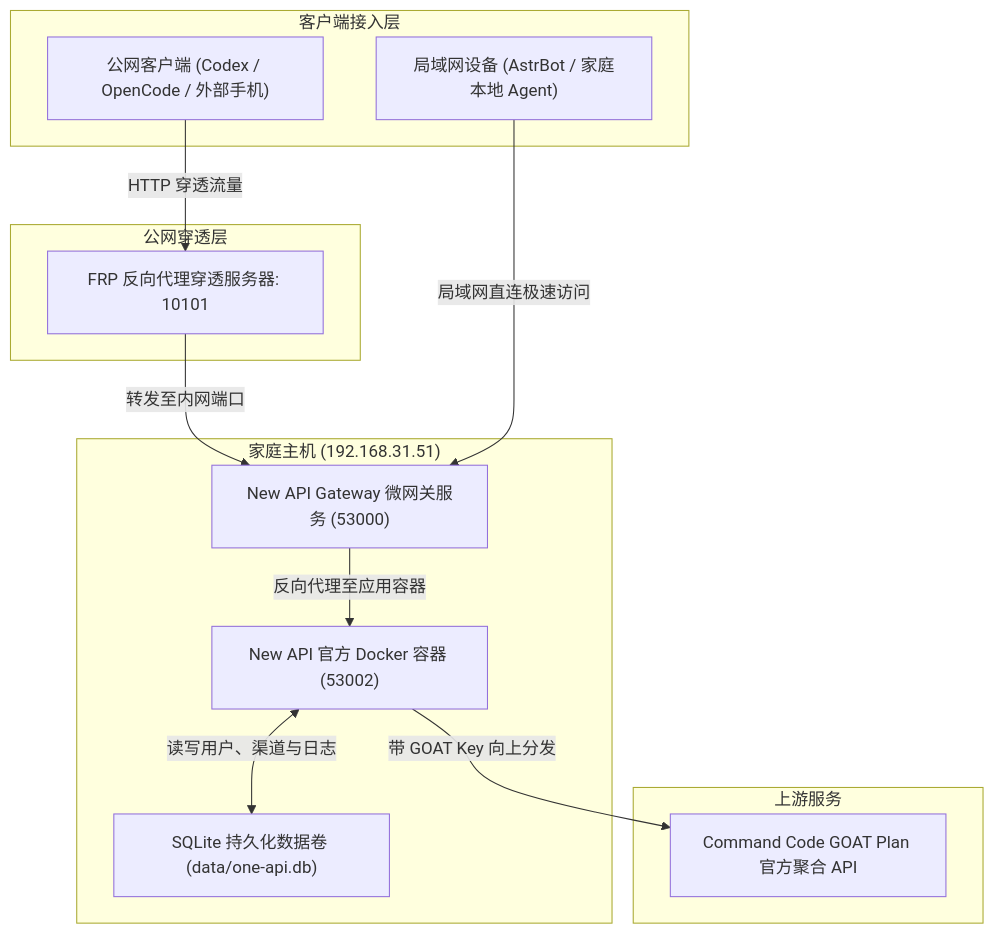
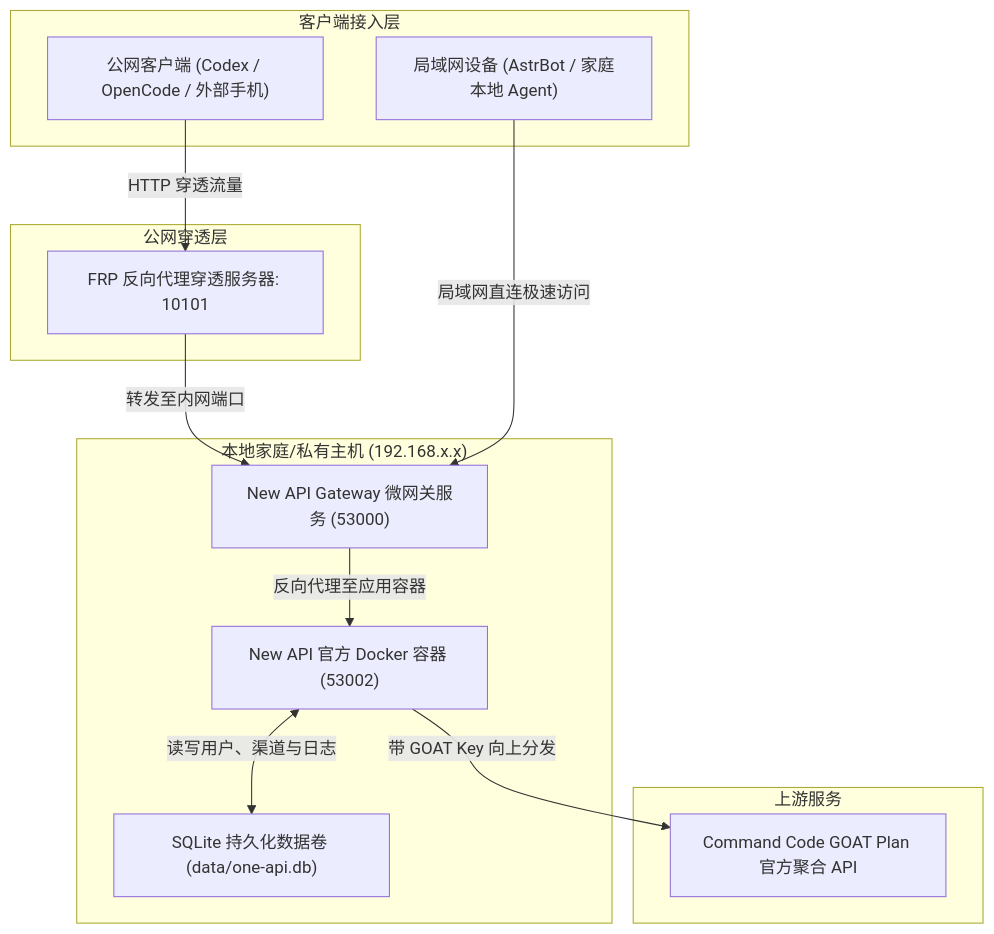
The diagram in src/content/docs/ops.mdx (VincentZyu233/keai-zyu-newapi-site), drawn with Mermaid before and after one commit. The commit also changed other lines of this file and 5 other files, not shown here.

````diff
--- a/src/content/docs/ops.mdx
+++ b/src/content/docs/ops.mdx
@@ -12,28 +12,28 @@
 ```mermaid
 flowchart TD
     subgraph Clients["客户端接入层"]
         A1["公网客户端 (Codex / OpenCode / 外部手机)"]
         A2["局域网设备 (AstrBot / 家庭本地 Agent)"]
     end
 
     subgraph Frp["公网穿透层"]
         B["FRP 反向代理穿透服务器: 10101"]
     end
 
-    subgraph Host["家庭主机 (192.168.31.51)"]
+    subgraph Host["本地家庭/私有主机 (192.168.x.x)"]
         C["New API Gateway 微网关服务 (53000)"]
         D["New API 官方 Docker 容器 (53002)"]
         E["SQLite 持久化数据卷 (data/one-api.db)"]
     end
 
     subgraph Upstream["上游服务"]
         F["Command Code GOAT Plan 官方聚合 API"]
     end
 
     A1 -->|HTTP 穿透流量| B
     B -->|转发至内网端口| C
     A2 -->|局域网直连极速访问| C
     C -->|反向代理至应用容器| D
     D <-->|读写用户、渠道与日志| E
     D -->|带 GOAT Key 向上分发| F
 ```
````
